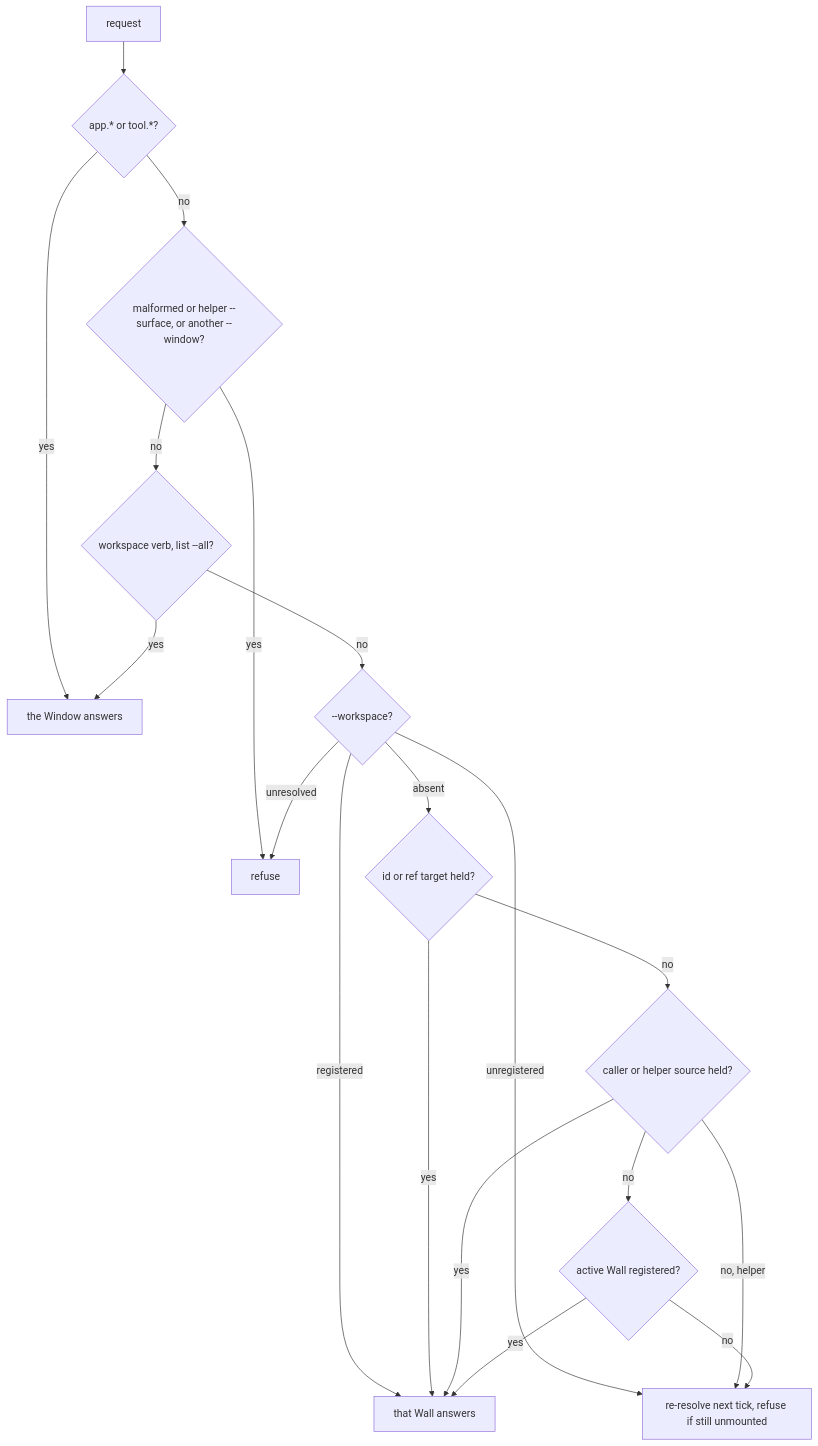
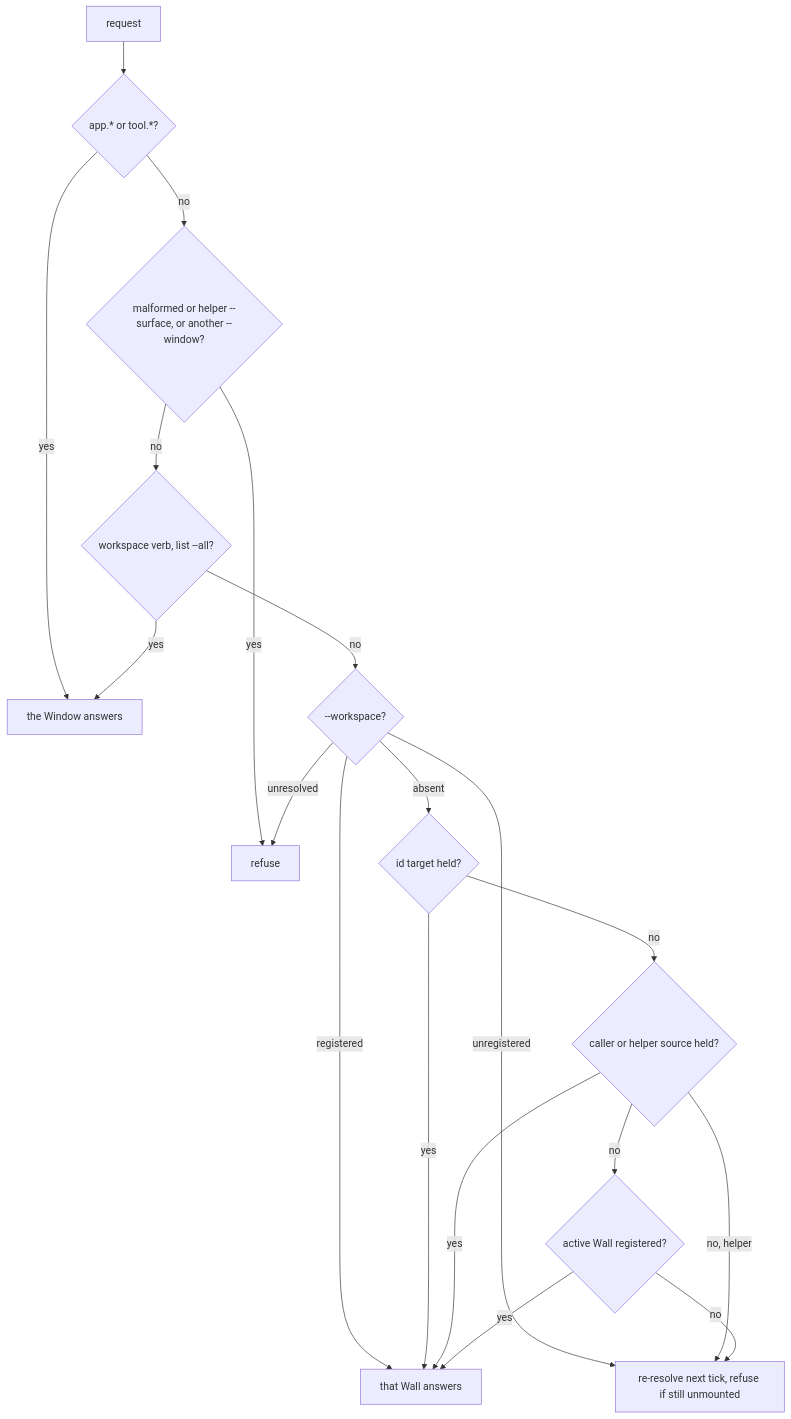
The second of 2 diagrams in docs/specs/dor-cli.md (diffplug/dormouse), drawn with Mermaid before and after one commit. The commit also changed other lines of this file and 18 other files, not shown here.

````diff
--- a/docs/specs/dor-cli.md
+++ b/docs/specs/dor-cli.md
@@ -138,21 +136,21 @@
 ```mermaid
 flowchart TD
   R[request] --> AT{app.* or tool.*?}
   AT -- yes --> WIN[the Window answers]
   AT -- no --> BAD{malformed or helper --surface, or another --window?}
   BAD -- yes --> REF[refuse]
   BAD -- no --> C{workspace verb, list --all?}
   C -- yes --> WIN
   C -- no --> WS{--workspace?}
   WS -- unresolved --> REF
   WS -- registered --> H[that Wall answers]
   WS -- unregistered --> P["re-resolve next tick, refuse if still unmounted"]
-  WS -- absent --> ST{id or ref target held?}
+  WS -- absent --> ST{id target held?}
   ST -- yes --> H
   ST -- no --> CA{caller or helper source held?}
   CA -- yes --> H
   CA -- no, helper --> P
   CA -- no --> AC{active Wall registered?}
   AC -- yes --> H
   AC -- no --> P
 ```
````
